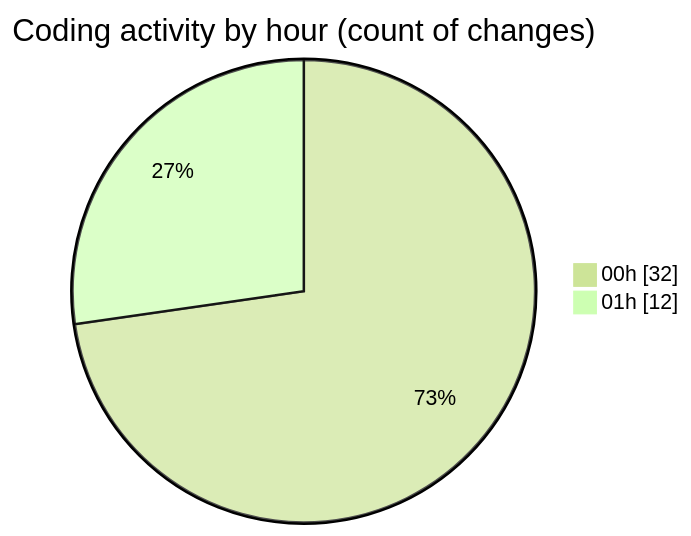
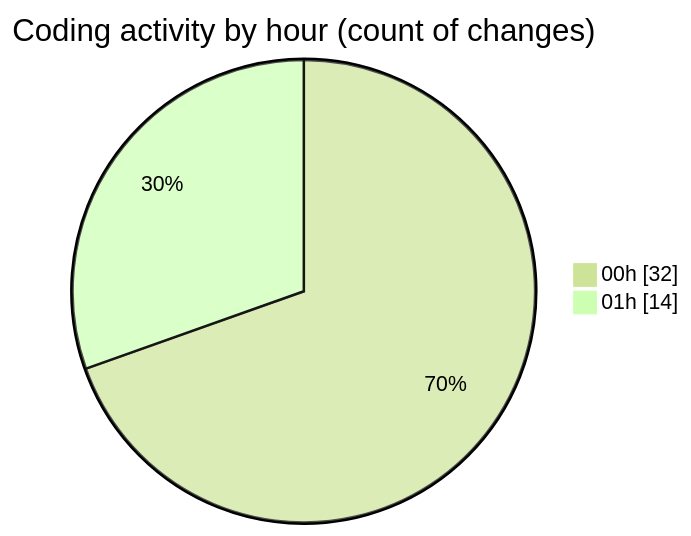
The second of 2 diagrams in 2025-07-21/reg/README.md (lephambinh05/code-tracking), drawn with Mermaid (forest theme) before and after one commit. The commit also changed other lines of this file and 1 other file, not shown here.

````diff
--- a/2025-07-21/reg/README.md
+++ b/2025-07-21/reg/README.md
@@ -44,6 +45,6 @@
 ```mermaid
 pie showData
 title Coding activity by hour (count of changes)
 "00h" : 32
-"01h" : 12
+"01h" : 14
 ```
````
